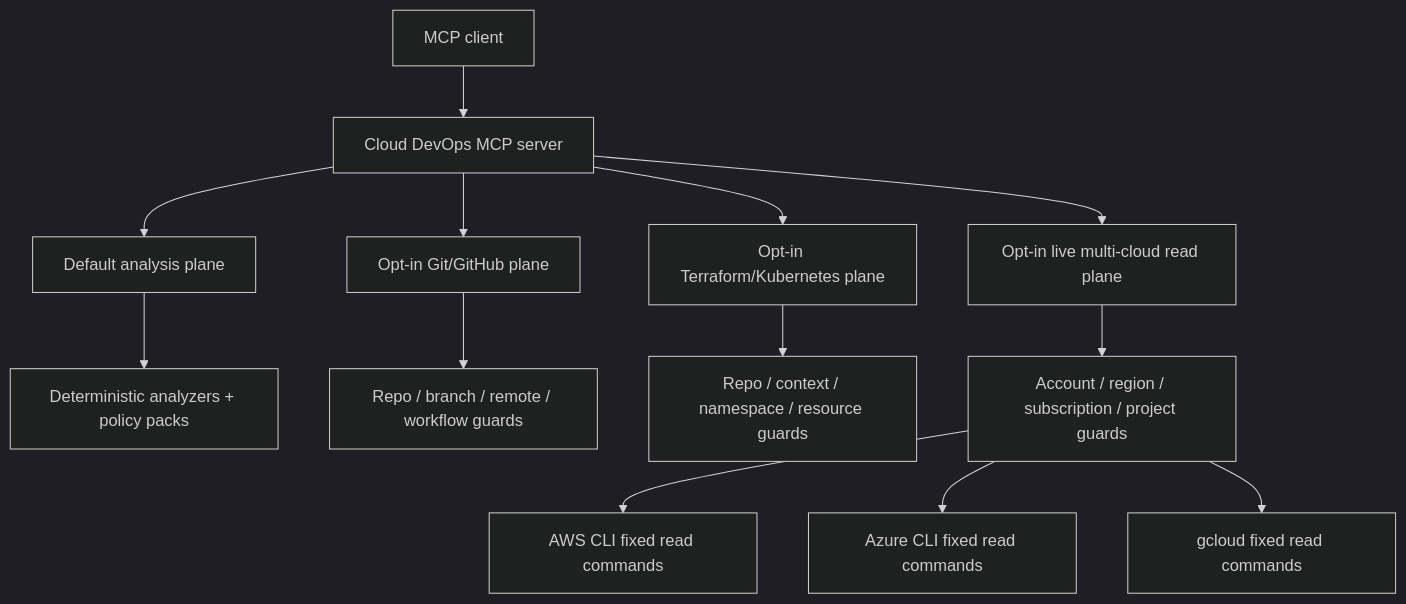
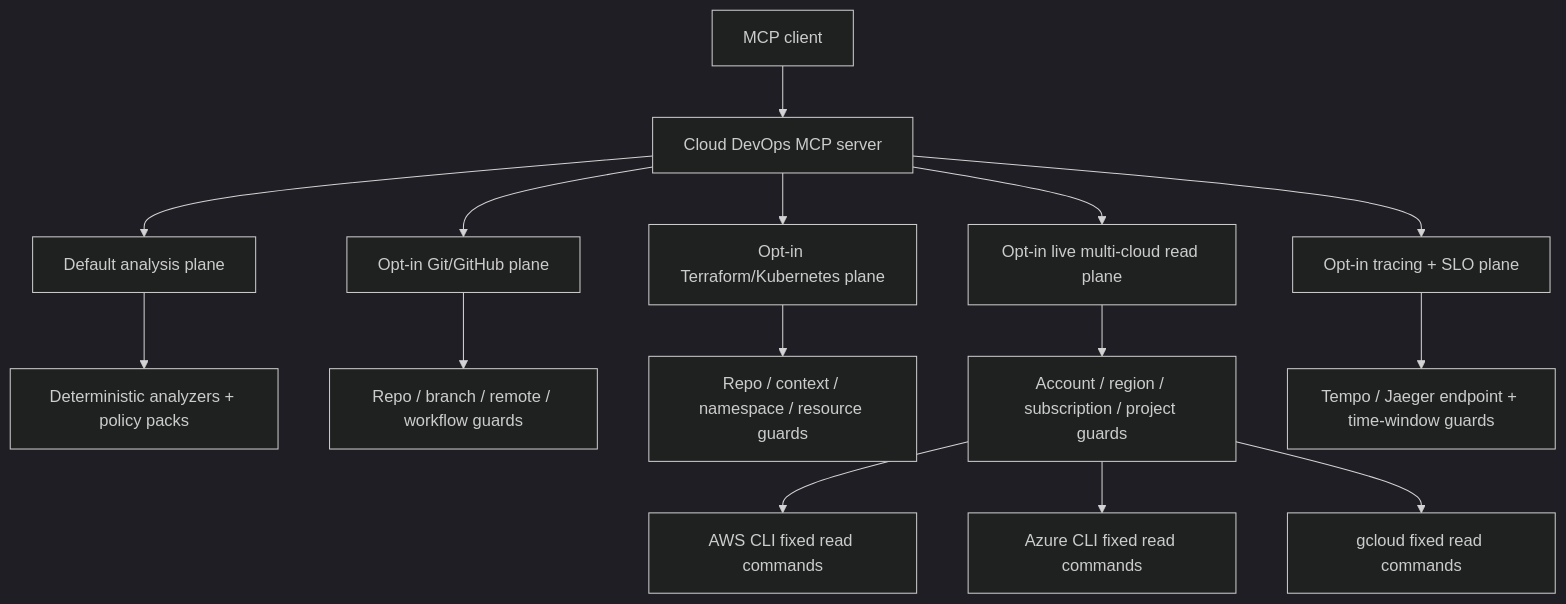
The diagram in docs/architecture.md (alexcgodwin/cloud-devops-mcp-server), drawn with Mermaid (dark theme) before and after one commit. The commit also changed other lines of this file and 13 other files, not shown here.

Commit message:
Add-v0.9-tracing-and-SLO-intelligence (#22)

````diff
--- a/docs/architecture.md
+++ b/docs/architecture.md
@@ -17,17 +18,19 @@
 ```mermaid
 flowchart TD
   Client["MCP client"] --> Server["Cloud DevOps MCP server"]
   Server --> Analysis["Default analysis plane"]
   Server --> GitOps["Opt-in Git/GitHub plane"]
   Server --> Infra["Opt-in Terraform/Kubernetes plane"]
   Server --> Cloud["Opt-in live multi-cloud read plane"]
+  Server --> Trace["Opt-in tracing + SLO plane"]
 
   Analysis --> Logic["Deterministic analyzers + policy packs"]
   GitOps --> GitGuards["Repo / branch / remote / workflow guards"]
   Infra --> InfraGuards["Repo / context / namespace / resource guards"]
   Cloud --> CloudGuards["Account / region / subscription / project guards"]
+  Trace --> TraceGuards["Tempo / Jaeger endpoint + time-window guards"]
 
   CloudGuards --> AWS["AWS CLI fixed read commands"]
   CloudGuards --> Azure["Azure CLI fixed read commands"]
   CloudGuards --> GCP["gcloud fixed read commands"]
 ```
````
